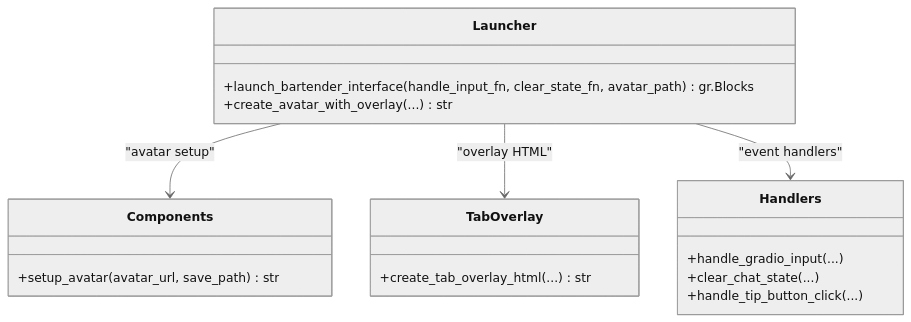
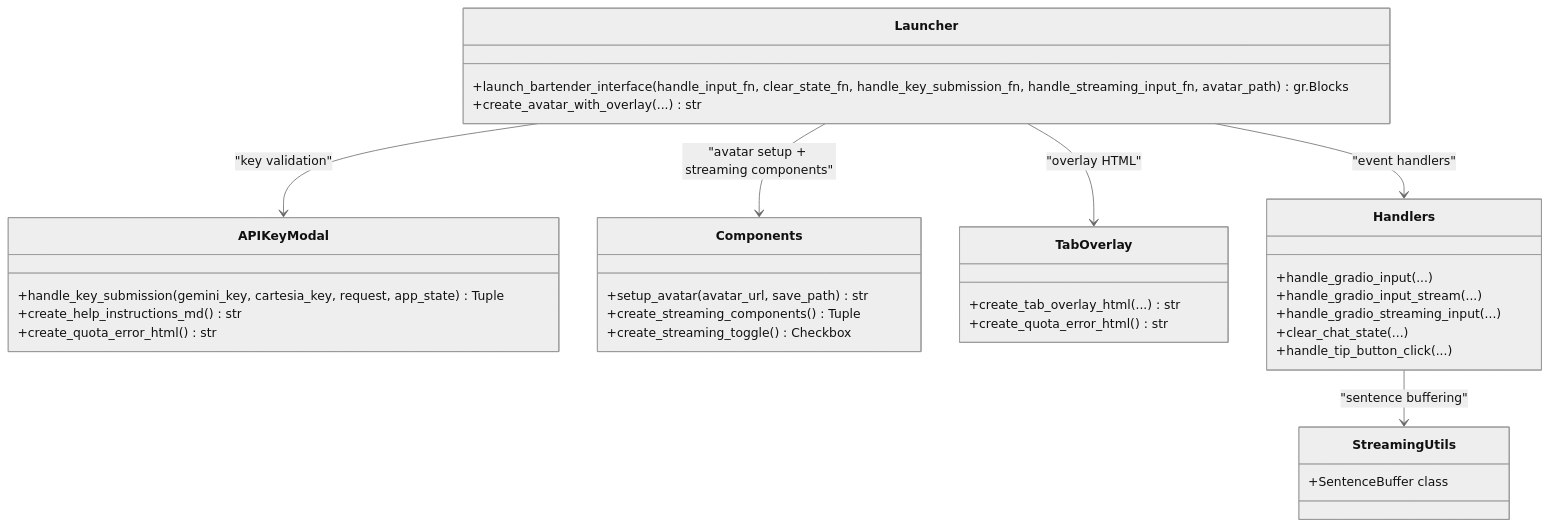
The third of 6 diagrams in .qoder/repowiki/en/content/User Interface Components/User Interface Components.md (MOK-5-ha/MayaMCP), drawn with Mermaid (neutral theme) before and after one commit. The commit also changed other lines of this file and 27 other files, not shown here.

````diff
--- a/.qoder/repowiki/en/content/User Interface Components/User Interface Components.md
+++ b/.qoder/repowiki/en/content/User Interface Components/User Interface Components.md
@@ -160,21 +225,36 @@
 ```mermaid
 classDiagram
 class Launcher {
-+launch_bartender_interface(handle_input_fn, clear_state_fn, avatar_path) gr.Blocks
++launch_bartender_interface(handle_input_fn, clear_state_fn, handle_key_submission_fn, handle_streaming_input_fn, avatar_path) gr.Blocks
 +create_avatar_with_overlay(...) str
+}
+class APIKeyModal {
++handle_key_submission(gemini_key, cartesia_key, request, app_state) Tuple
++create_help_instructions_md() str
++create_quota_error_html() str
 }
 class Components {
 +setup_avatar(avatar_url, save_path) str
++create_streaming_components() Tuple
++create_streaming_toggle() Checkbox
 }
 class TabOverlay {
 +create_tab_overlay_html(...) str
++create_quota_error_html() str
 }
 class Handlers {
 +handle_gradio_input(...)
++handle_gradio_input_stream(...)
++handle_gradio_streaming_input(...)
 +clear_chat_state(...)
 +handle_tip_button_click(...)
 }
-Launcher --> Components : "avatar setup"
+class StreamingUtils {
++SentenceBuffer class
+}
+Launcher --> APIKeyModal : "key validation"
+Launcher --> Components : "avatar setup + streaming components"
 Launcher --> TabOverlay : "overlay HTML"
 Launcher --> Handlers : "event handlers"
+Handlers --> StreamingUtils : "sentence buffering"
 ```
````
